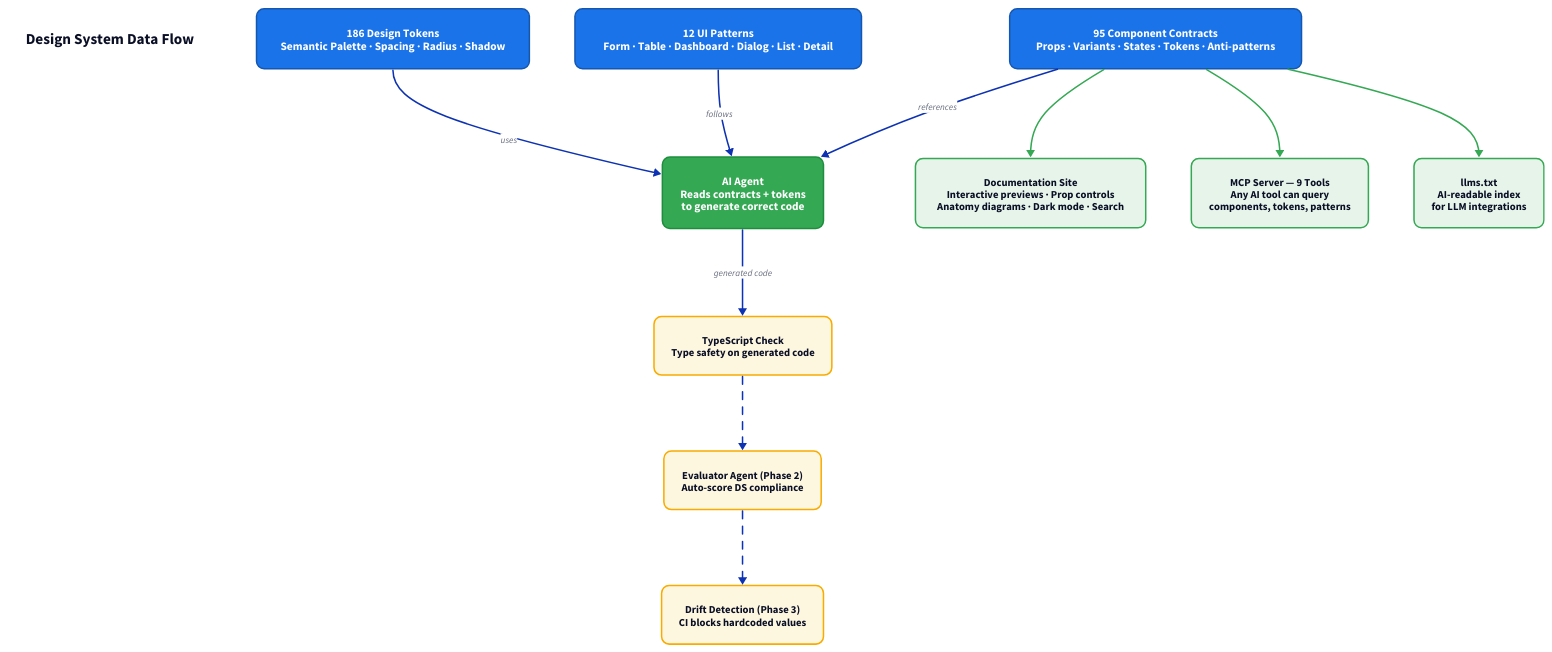
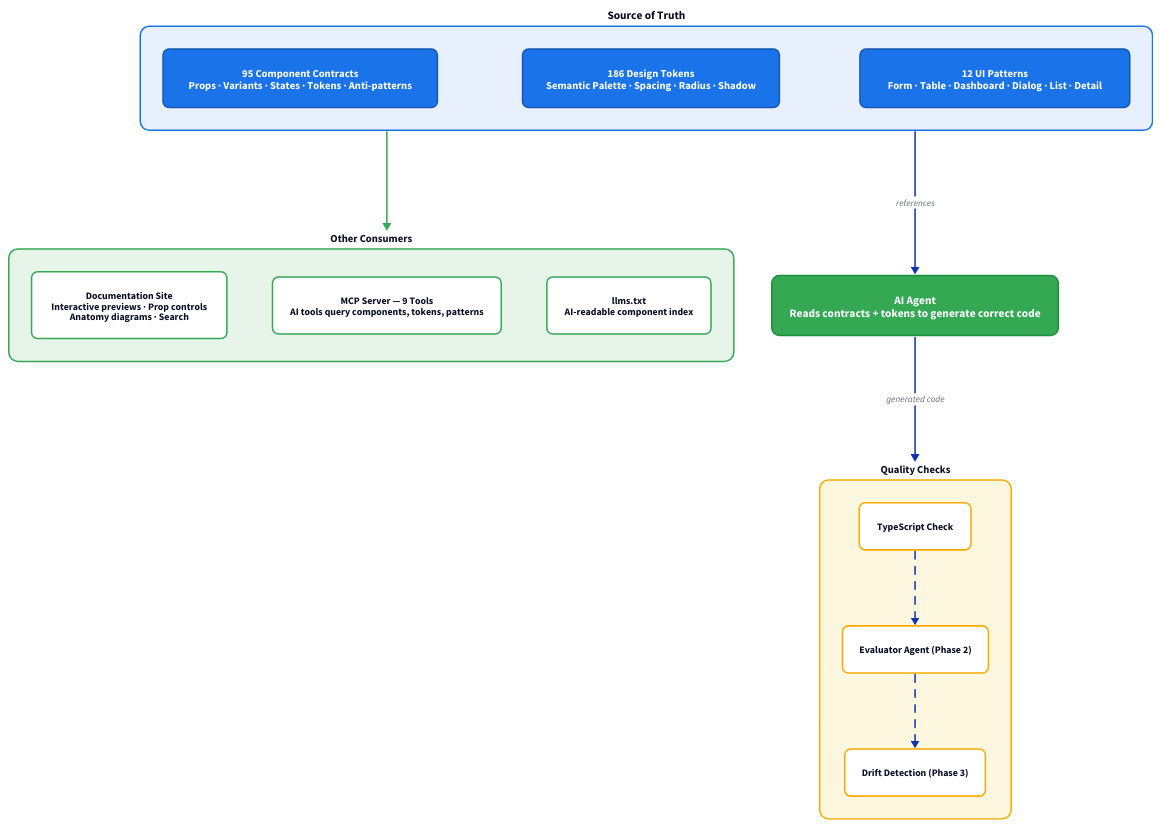
Before and after one commit to kyungjaeha-moloco/moloco-inspect: the diagram in docs/images/04-design-system.d2, drawn with D2. The commit also changed 1 other file, not shown here.

Commit message:
docs: compact DS diagram — grouped containers, narrower layout

```diff
--- a/docs/images/04-design-system.d2
+++ b/docs/images/04-design-system.d2
@@ -1,64 +1,77 @@
 direction: down
 
-title: "Design System Data Flow" {
+# ─── Source of Truth ───
+source: "Source of Truth" {
   style: {
-    font-size: 20
+    fill: "#e8f0fe"
+    stroke: "#1a73e8"
+    border-radius: 12
+    font-size: 15
     bold: true
-    fill: "#ffffff"
-    stroke: "#ffffff"
+  }
+
+  components: "95 Component Contracts\nProps · Variants · States · Tokens · Anti-patterns" {
+    style: { fill: "#1a73e8"; stroke: "#1557b0"; font-color: "#ffffff"; border-radius: 8; font-size: 14; bold: true }
+  }
+  tokens: "186 Design Tokens\nSemantic Palette · Spacing · Radius · Shadow" {
+    style: { fill: "#1a73e8"; stroke: "#1557b0"; font-color: "#ffffff"; border-radius: 8; font-size: 14; bold: true }
+  }
+  patterns: "12 UI Patterns\nForm · Table · Dashboard · Dialog · List · Detail" {
+    style: { fill: "#1a73e8"; stroke: "#1557b0"; font-color: "#ffffff"; border-radius: 8; font-size: 14; bold: true }
   }
 }
 
-# ─── Source of Truth (center, top) ───
-components: "95 Component Contracts\nProps · Variants · States · Tokens · Anti-patterns" {
-  style: { fill: "#1a73e8"; stroke: "#1557b0"; font-color: "#ffffff"; border-radius: 10; font-size: 15; bold: true }
-}
-tokens: "186 Design Tokens\nSemantic Palette · Spacing · Radius · Shadow" {
-  style: { fill: "#1a73e8"; stroke: "#1557b0"; font-color: "#ffffff"; border-radius: 10; font-size: 15; bold: true }
-}
-patterns: "12 UI Patterns\nForm · Table · Dashboard · Dialog · List · Detail" {
-  style: { fill: "#1a73e8"; stroke: "#1557b0"; font-color: "#ffffff"; border-radius: 10; font-size: 15; bold: true }
-}
-
-# ─── How it's consumed ───
-agent: "AI Agent\nReads contracts + tokens\nto generate correct code" {
-  shape: rectangle
+# ─── Main consumer ───
+agent: "AI Agent\nReads contracts + tokens to generate correct code" {
   style: { fill: "#34a853"; stroke: "#1e8e3e"; font-color: "#ffffff"; border-radius: 10; font-size: 15; bold: true }
 }
 
-doc_site: "Documentation Site\nInteractive previews · Prop controls\nAnatomy diagrams · Dark mode · Search" {
-  style: { fill: "#e6f4ea"; stroke: "#34a853"; border-radius: 10; font-size: 14 }
+# ─── Other consumers ───
+consumers: "Other Consumers" {
+  style: {
+    fill: "#e6f4ea"
+    stroke: "#34a853"
+    border-radius: 12
+    font-size: 14
+    bold: true
+  }
+
+  doc_site: "Documentation Site\nInteractive previews · Prop controls\nAnatomy diagrams · Search" {
+    style: { fill: "#ffffff"; stroke: "#34a853"; border-radius: 8; font-size: 13 }
+  }
+  mcp: "MCP Server — 9 Tools\nAI tools query components, tokens, patterns" {
+    style: { fill: "#ffffff"; stroke: "#34a853"; border-radius: 8; font-size: 13 }
+  }
+  llms: "llms.txt\nAI-readable component index" {
+    style: { fill: "#ffffff"; stroke: "#34a853"; border-radius: 8; font-size: 13 }
+  }
 }
 
-mcp_server: "MCP Server — 9 Tools\nAny AI tool can query\ncomponents, tokens, patterns" {
-  style: { fill: "#e6f4ea"; stroke: "#34a853"; border-radius: 10; font-size: 14 }
+# ─── Quality ───
+quality: "Quality Checks" {
+  style: {
+    fill: "#fef7e0"
+    stroke: "#f9ab00"
+    border-radius: 12
+    font-size: 14
+    bold: true
+  }
+
+  typecheck: "TypeScript Check" {
+    style: { fill: "#ffffff"; stroke: "#f9ab00"; border-radius: 8; font-size: 13 }
+  }
+  evaluator: "Evaluator Agent (Phase 2)" {
+    style: { fill: "#ffffff"; stroke: "#f9ab00"; border-radius: 8; font-size: 13 }
+  }
+  drift: "Drift Detection (Phase 3)" {
+    style: { fill: "#ffffff"; stroke: "#f9ab00"; border-radius: 8; font-size: 13 }
+  }
+
+  typecheck -> evaluator: { style.stroke-dash: 5 }
+  evaluator -> drift: { style.stroke-dash: 5 }
 }
 
-llms_txt: "llms.txt\nAI-readable index\nfor LLM integrations" {
-  style: { fill: "#e6f4ea"; stroke: "#34a853"; border-radius: 10; font-size: 14 }
-}
-
-# ─── Quality checks ───
-typecheck: "TypeScript Check\nType safety on generated code" {
-  style: { fill: "#fef7e0"; stroke: "#f9ab00"; border-radius: 10; font-size: 14 }
-}
-evaluator: "Evaluator Agent (Phase 2)\nAuto-score DS compliance" {
-  style: { fill: "#fef7e0"; stroke: "#f9ab00"; border-radius: 10; font-size: 14 }
-}
-drift: "Drift Detection (Phase 3)\nCI blocks hardcoded values" {
-  style: { fill: "#fef7e0"; stroke: "#f9ab00"; border-radius: 10; font-size: 14 }
-}
-
-# ─── Main flow (center) ───
-components -> agent: "references" { style.font-size: 12 }
-tokens -> agent: "uses" { style.font-size: 12 }
-patterns -> agent: "follows" { style.font-size: 12 }
-
-agent -> typecheck: "generated code" { style.font-size: 12 }
-typecheck -> evaluator: { style.stroke-dash: 5 }
-evaluator -> drift: { style.stroke-dash: 5 }
-
-# ─── Side consumers ───
-components -> doc_site: { style.stroke: "#34a853" }
-components -> mcp_server: { style.stroke: "#34a853" }
-components -> llms_txt: { style.stroke: "#34a853" }
+# ─── Connections ───
+source -> agent: "references" { style.font-size: 12 }
+source -> consumers: { style.stroke: "#34a853" }
+agent -> quality: "generated code" { style.font-size: 12 }
```
